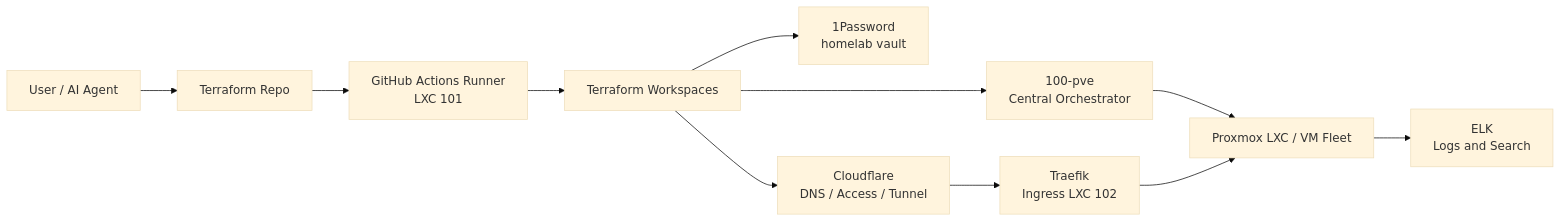
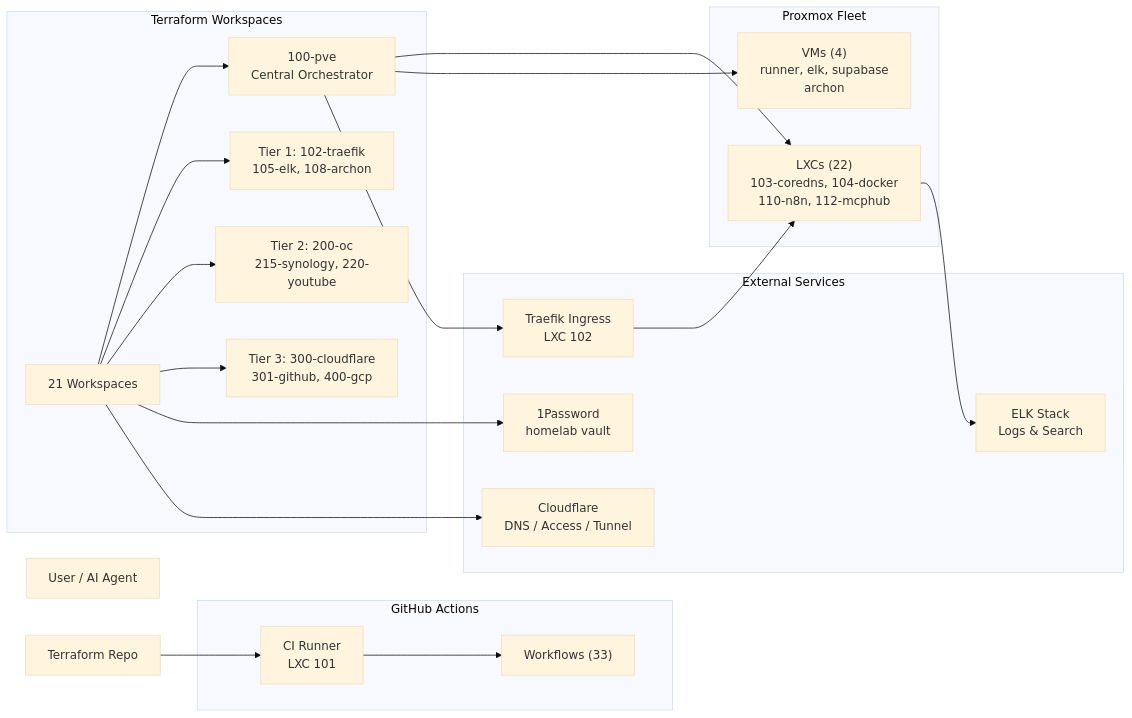
The diagram in README.md (jclee941/terraform), drawn with Mermaid (base theme) before and after one commit. The commit also changed other lines of this file, not shown here.

````diff
--- a/README.md
+++ b/README.md
@@ -68,13 +59,45 @@
 ```mermaid
 flowchart LR
-    Agent["User / AI Agent"] --> Repo["Terraform Repo"]
-    Repo --> CI["GitHub Actions Runner<br/>LXC 101"]
-    CI --> TF["Terraform Workspaces"]
-    TF --> PVE["100-pve<br/>Central Orchestrator"]
-    PVE --> Fleet["Proxmox LXC / VM Fleet"]
-    TF --> OP["1Password<br/>homelab vault"]
-    TF --> CF["Cloudflare<br/>DNS / Access / Tunnel"]
-    Fleet --> ELK["ELK<br/>Logs and Search"]
-    CF --> Traefik["Traefik<br/>Ingress LXC 102"]
-    Traefik --> Fleet
+    User["User / AI Agent"]
+    Repo["Terraform Repo"]
+    subgraph "GitHub Actions"
+        CI["CI Runner<br/>LXC 101"]
+        WF["Workflows (33)"]
+    end
+    CI --> WF
+    Repo --> CI
+    
+    subgraph "Terraform Workspaces"
+        TF["21 Workspaces"]
+        PVE["100-pve<br/>Central Orchestrator"]
+        T1["Tier 1: 102-traefik<br/>105-elk, 108-archon"]
+        T2["Tier 2: 200-oc<br/>215-synology, 220-youtube"]
+        T3["Tier 3: 300-cloudflare<br/>301-github, 400-gcp"]
+    end
+    
+    TF --> PVE
+    TF --> T1
+    TF --> T2
+    TF --> T3
+    
+    subgraph "Proxmox Fleet"
+        LXC["LXCs (22)<br/>103-coredns, 104-docker<br/>110-n8n, 112-mcphub"]
+        VM["VMs (4)<br/>runner, elk, supabase<br/>archon"]
+    end
+    
+    PVE --> LXC
+    PVE --> VM
+    
+    subgraph "External Services"
+        OP["1Password<br/>homelab vault"]
+        CF["Cloudflare<br/>DNS / Access / Tunnel"]
+        ELK["ELK Stack<br/>Logs & Search"]
+        Traefik["Traefik Ingress<br/>LXC 102"]
+    end
+    
+    TF --> OP
+    TF --> CF
+    PVE --> Traefik
+    Traefik --> LXC
+    LXC --> ELK
 ```
````
